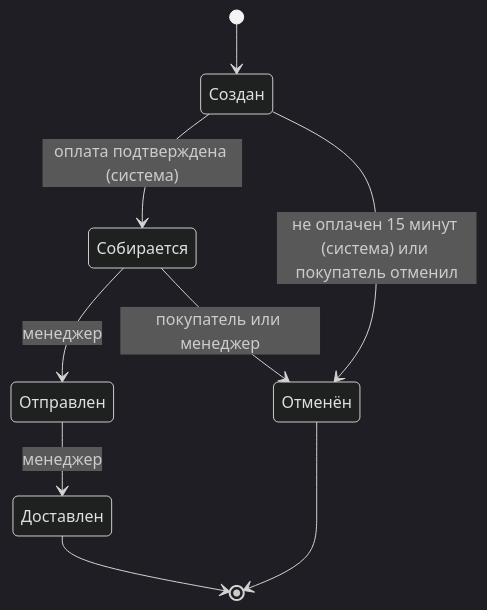
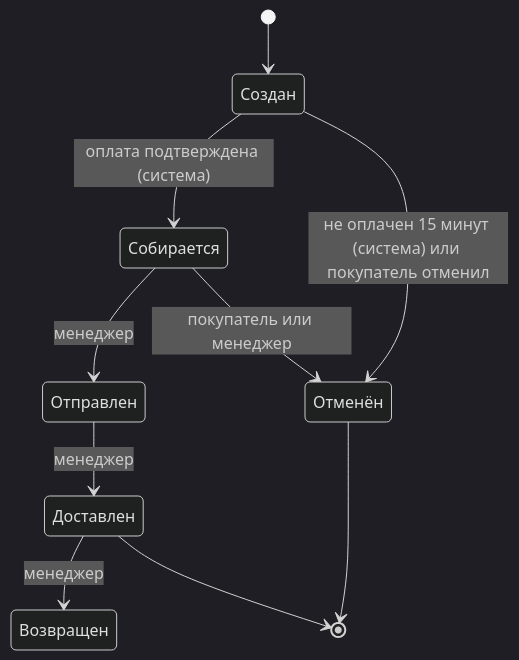
Before and after one commit to neverteen/order-managment-api: the first of 2 diagrams in docs/01-roles-and-permissions.md, drawn with Mermaid (dark theme). The commit also changed 1 other file, not shown here.

Commit message:
Docs: update roles and permissons

````diff
--- a/docs/01-roles-and-permissions.md
+++ b/docs/01-roles-and-permissions.md
@@ -26,11 +26,12 @@
 ```mermaid
 stateDiagram-v2
     [*] --> Создан
     Создан --> Собирается: оплата подтверждена (система)
     Создан --> Отменён: не оплачен 15 минут (система) или покупатель отменил
     Собирается --> Отправлен: менеджер
     Собирается --> Отменён: покупатель или менеджер
     Отправлен --> Доставлен: менеджер
+    Доставлен --> Возвращен: менеджер
     Доставлен --> [*]
     Отменён --> [*]
 ```
````
